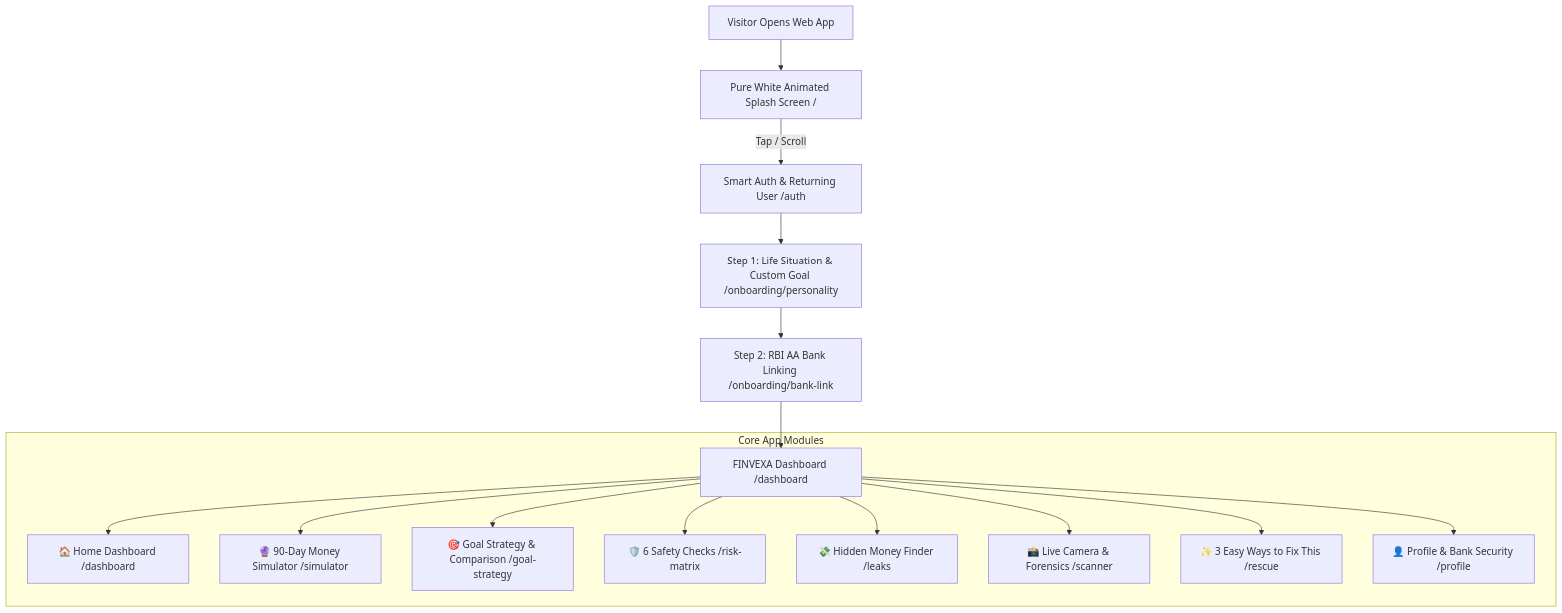
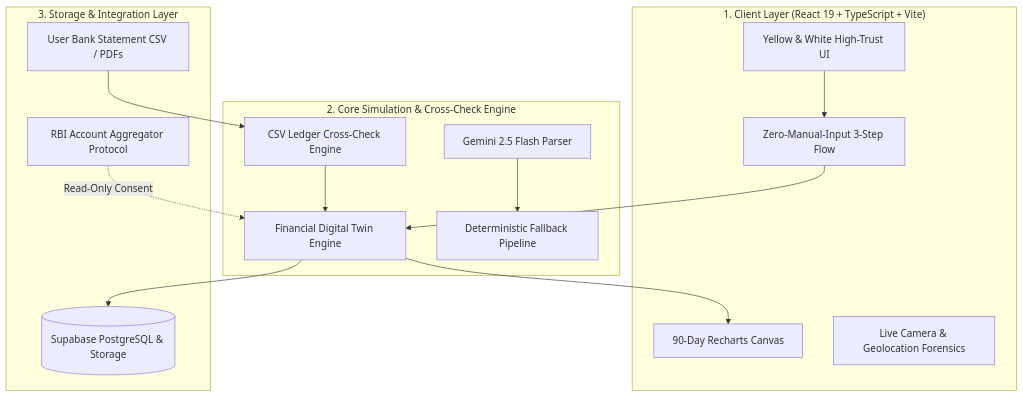
Before and after one commit to RAYAPURAMVIKRAM/Srujana_hackathon2026_FINVEXA-AI: the diagram in README.md, drawn with Mermaid. The commit also changed other lines of this file and 19 other files, not shown here.

Commit message:
feat: redesign to clean Yellow & White zero-input UI, practical CSV/invoice fraud check, and add 15-section project report

````diff
--- a/README.md
+++ b/README.md
@@ -57,19 +64,31 @@
 ```mermaid
 flowchart TD
-    A[Visitor Opens Web App] --> B[Pure White Animated Splash Screen /]
-    B -->|Tap / Scroll| C[Smart Auth & Returning User /auth]
-    C --> D[Step 1: Life Situation & Custom Goal /onboarding/personality]
-    D --> E[Step 2: RBI AA Bank Linking /onboarding/bank-link]
-    E --> F[FINVEXA Dashboard /dashboard]
+    subgraph "1. Client Layer (React 19 + TypeScript + Vite)"
+        UI[Yellow & White High-Trust UI]
+        ZFlow[Zero-Manual-Input 3-Step Flow]
+        Chart[90-Day Recharts Canvas]
+        Cam[Live Camera & Geolocation Forensics]
+    end
 
-    subgraph "Core App Modules"
-        F --> M1[🏠 Home Dashboard /dashboard]
-        F --> M2[🔮 90-Day Money Simulator /simulator]
-        F --> M3[🎯 Goal Strategy & Comparison /goal-strategy]
-        F --> M4[🛡️ 6 Safety Checks /risk-matrix]
-        F --> M5[💸 Hidden Money Finder /leaks]
-        F --> M6[📸 Live Camera & Forensics /scanner]
-        F --> M7[✨ 3 Easy Ways to Fix This /rescue]
-        F --> M8[👤 Profile & Bank Security /profile]
+    subgraph "2. Core Simulation & Cross-Check Engine"
+        Twin[Financial Digital Twin Engine]
+        Fraud[CSV Ledger Cross-Check Engine]
+        Rules[Deterministic Fallback Pipeline]
+        AI[Gemini 2.5 Flash Parser]
     end
+
+    subgraph "3. Storage & Integration Layer"
+        Supa[(Supabase PostgreSQL & Storage)]
+        CSV[User Bank Statement CSV / PDFs]
+        AA[RBI Account Aggregator Protocol]
+    end
+
+    UI --> ZFlow
+    ZFlow --> Twin
+    CSV --> Fraud
+    Fraud --> Twin
+    Twin --> Chart
+    AI --> Rules
+    Twin --> Supa
+    AA -.->|Read-Only Consent| Twin
 ```
````
